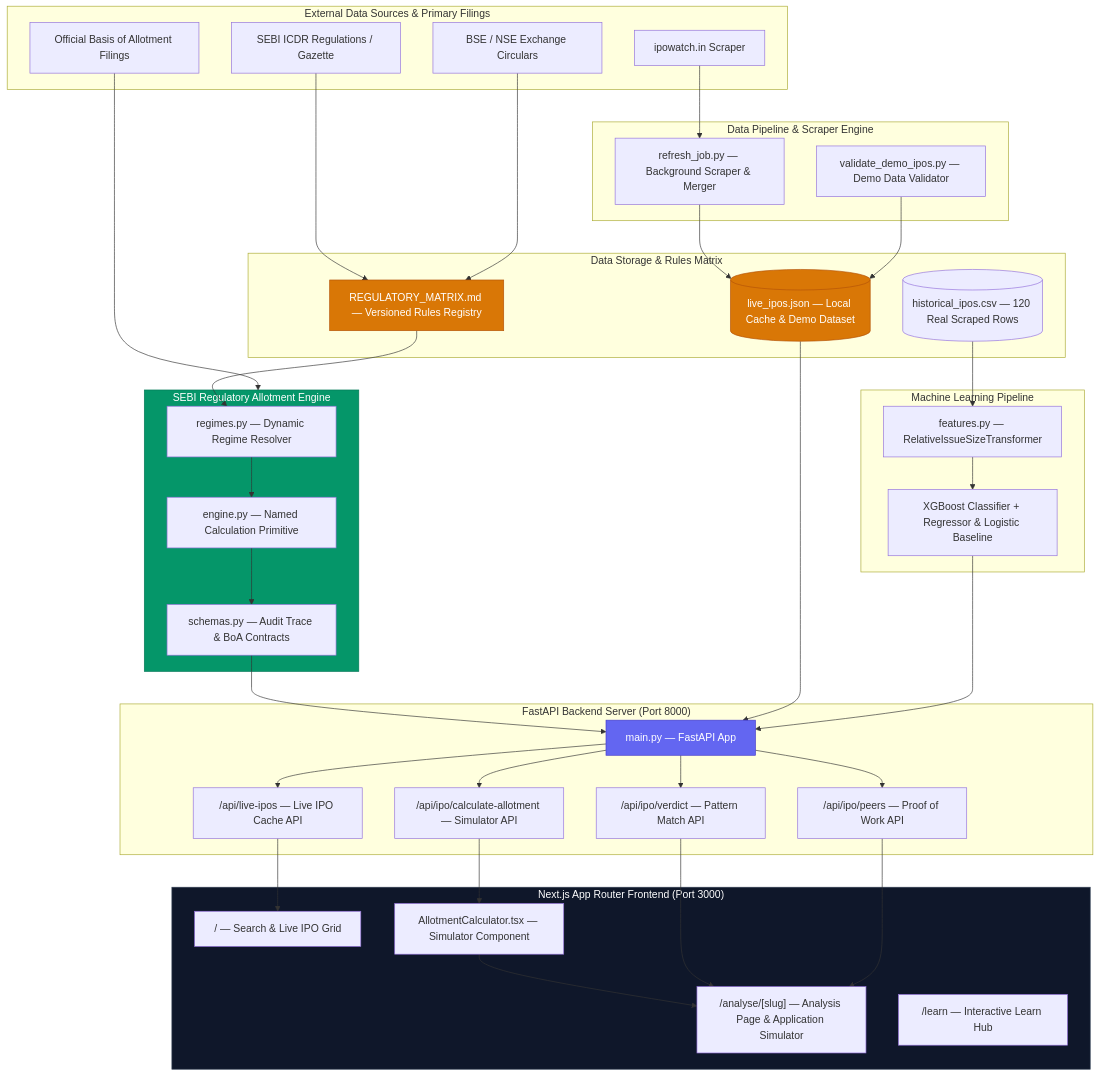
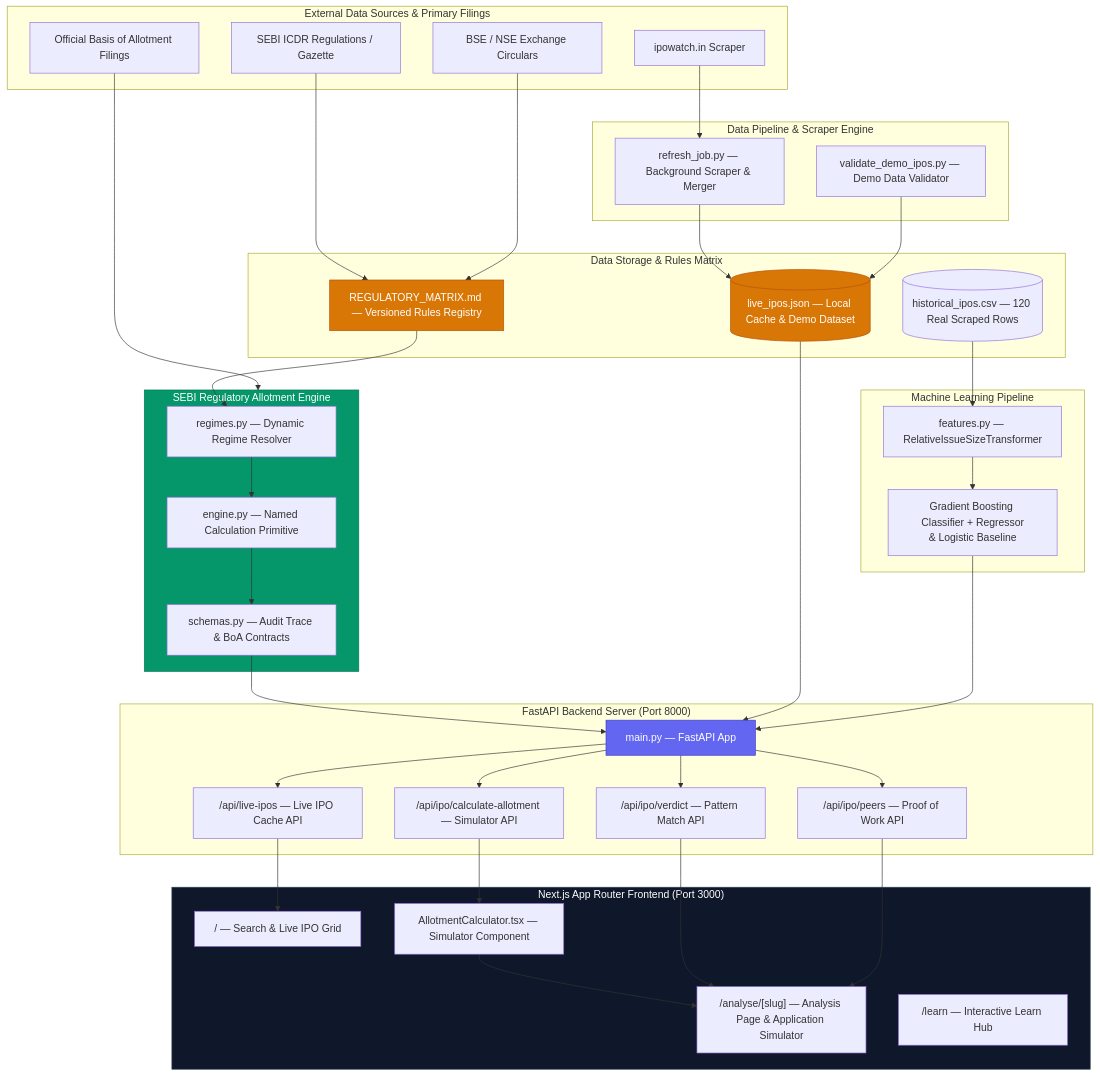
The diagram in README.md (russel-gandhi/ipo-ai-engine), drawn with Mermaid before and after one commit. The commit also changed other lines of this file and 3 other files, not shown here.

Commit message:
docs(model): align all documentation, schemas, and diagrams with committed Scikit-Learn Gradient Boosting model

````diff
--- a/README.md
+++ b/README.md
@@ -34,82 +34,82 @@
 ```mermaid
 flowchart TD
     subgraph SOURCES["External Data Sources & Primary Filings"]
         SEBI["SEBI ICDR Regulations / Gazette"]
         BSE_NSE["BSE / NSE Exchange Circulars"]
         SCRAPE["ipowatch.in Scraper"]
         BOA["Official Basis of Allotment Filings"]
     end
 
     subgraph INGESTION["Data Pipeline & Scraper Engine"]
         JOB["refresh_job.py — Background Scraper & Merger"]
         VAL["validate_demo_ipos.py — Demo Data Validator"]
     end
 
     subgraph STORAGE["Data Storage & Rules Matrix"]
         CACHE[("live_ipos.json — Local Cache & Demo Dataset")]
         HIST[("historical_ipos.csv — 120 Real Scraped Rows")]
         MATRIX["REGULATORY_MATRIX.md — Versioned Rules Registry"]
     end
 
     subgraph ENGINE["SEBI Regulatory Allotment Engine"]
         REGIMES["regimes.py — Dynamic Regime Resolver"]
         PRIMITIVES["engine.py — Named Calculation Primitive"]
         SCHEMAS["schemas.py — Audit Trace & BoA Contracts"]
     end
 
     subgraph ML["Machine Learning Pipeline"]
         FEAT["features.py — RelativeIssueSizeTransformer"]
-        ENSEMBLE["XGBoost Classifier + Regressor & Logistic Baseline"]
+        ENSEMBLE["Gradient Boosting Classifier + Regressor<br/>& Logistic Baseline"]
     end
 
     subgraph API["FastAPI Backend Server (Port 8000)"]
         FASTAPI["main.py — FastAPI App"]
         EP1["/api/ipo/calculate-allotment — Simulator API"]
         EP2["/api/ipo/verdict — Pattern Match API"]
         EP3["/api/ipo/peers — Proof of Work API"]
         EP4["/api/live-ipos — Live IPO Cache API"]
     end
 
     subgraph FRONTEND["Next.js App Router Frontend (Port 3000)"]
         P1["/ — Search & Live IPO Grid"]
         P2["/analyse/[slug] — Analysis Page & Application Simulator"]
         P3["/learn — Interactive Learn Hub"]
       FUNC1["AllotmentCalculator.tsx — Simulator Component"]
     end
 
     SEBI --> MATRIX
     BSE_NSE --> MATRIX
     SCRAPE --> JOB
     BOA --> ENGINE
 
     JOB --> CACHE
     VAL --> CACHE
 
     HIST --> FEAT
     FEAT --> ENSEMBLE
 
     MATRIX --> REGIMES
     REGIMES --> PRIMITIVES
     PRIMITIVES --> SCHEMAS
     SCHEMAS --> FASTAPI
 
     CACHE --> FASTAPI
     ENSEMBLE --> FASTAPI
 
     FASTAPI --> EP1
     FASTAPI --> EP2
     FASTAPI --> EP3
     FASTAPI --> EP4
 
     EP1 --> FUNC1
     FUNC1 --> P2
     EP2 --> P2
     EP3 --> P2
     EP4 --> P1
 
     style FASTAPI fill:#6366f1,stroke:#4338ca,color:#fff
     style ENGINE fill:#059669,stroke:#047857,color:#fff
     style MATRIX fill:#d97706,stroke:#b45309,color:#fff
     style CACHE fill:#d97706,stroke:#b45309,color:#fff
     style FRONTEND fill:#0f172a,stroke:#334155,color:#fff
 ```
````
